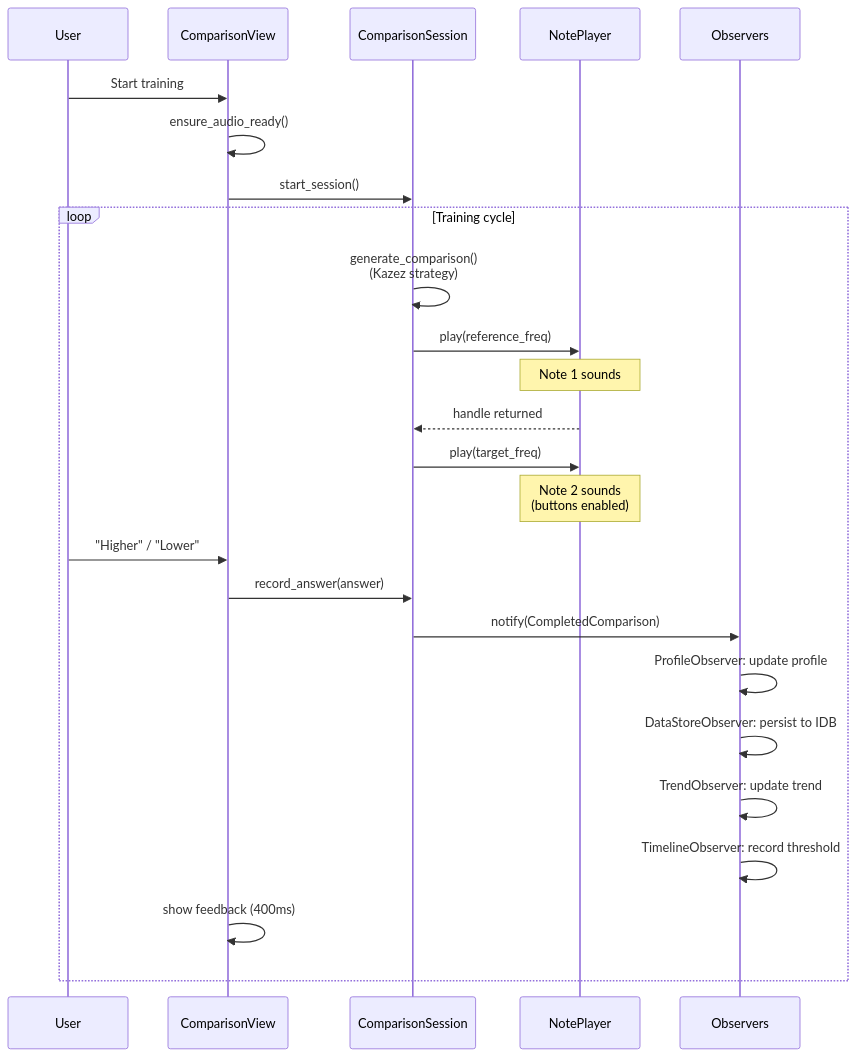
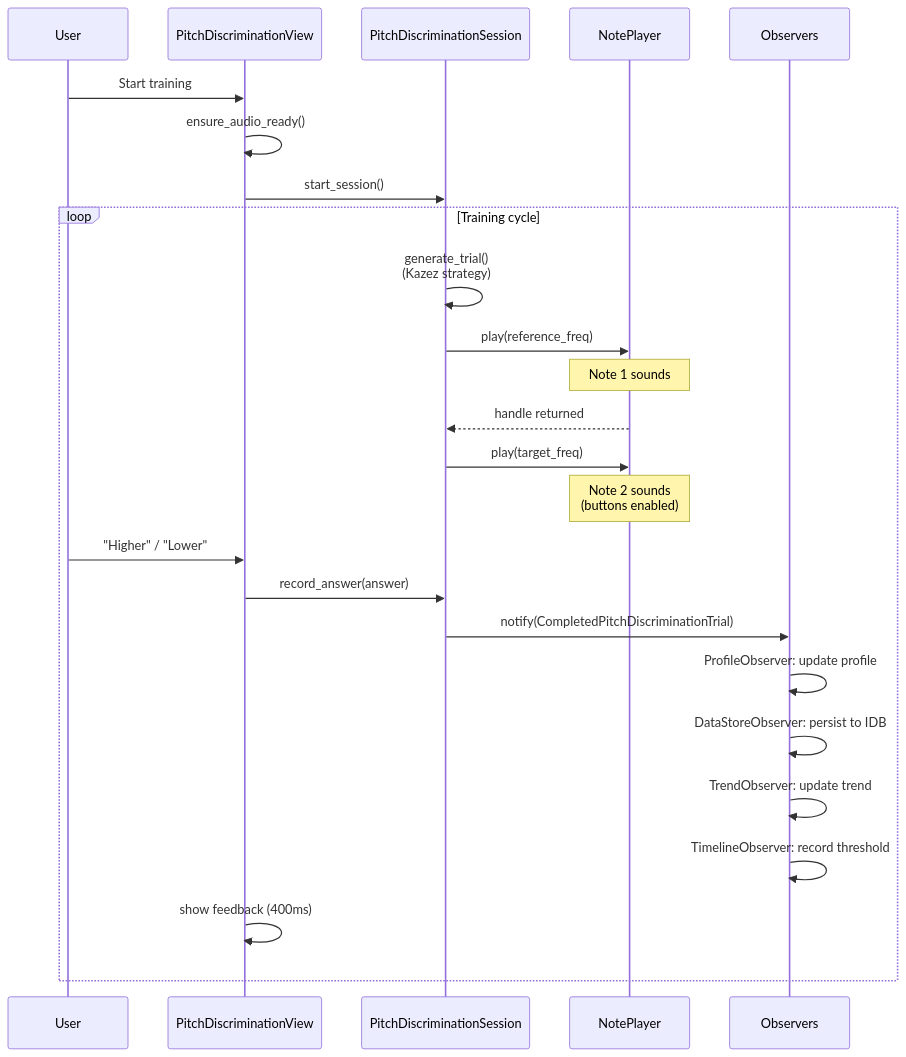
Before and after one commit to mschuerig/peach-web: the sixth of 10 diagrams in docs/arc42-architecture.md, drawn with Mermaid. The commit also changed other lines of this file and 6 other files, not shown here.

````diff
--- a/docs/arc42-architecture.md
+++ b/docs/arc42-architecture.md
@@ -248,29 +248,29 @@
 ```mermaid
 sequenceDiagram
     participant U as User
-    participant CV as ComparisonView
-    participant S as ComparisonSession
+    participant CV as PitchDiscriminationView
+    participant S as PitchDiscriminationSession
     participant NP as NotePlayer
     participant O as Observers
 
     U->>CV: Start training
     CV->>CV: ensure_audio_ready()
     CV->>S: start_session()
 
     loop Training cycle
-        S->>S: generate_comparison()<br/>(Kazez strategy)
+        S->>S: generate_trial()<br/>(Kazez strategy)
         S->>NP: play(reference_freq)
         Note over NP: Note 1 sounds
         NP-->>S: handle returned
         S->>NP: play(target_freq)
         Note over NP: Note 2 sounds<br/>(buttons enabled)
         U->>CV: "Higher" / "Lower"
         CV->>S: record_answer(answer)
-        S->>O: notify(CompletedComparison)
+        S->>O: notify(CompletedPitchDiscriminationTrial)
         O->>O: ProfileObserver: update profile
         O->>O: DataStoreObserver: persist to IDB
         O->>O: TrendObserver: update trend
         O->>O: TimelineObserver: record threshold
         CV->>CV: show feedback (400ms)
     end
 ```
````
